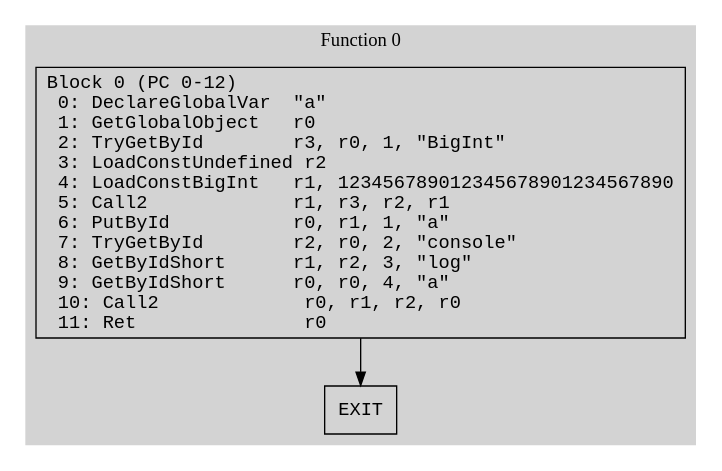
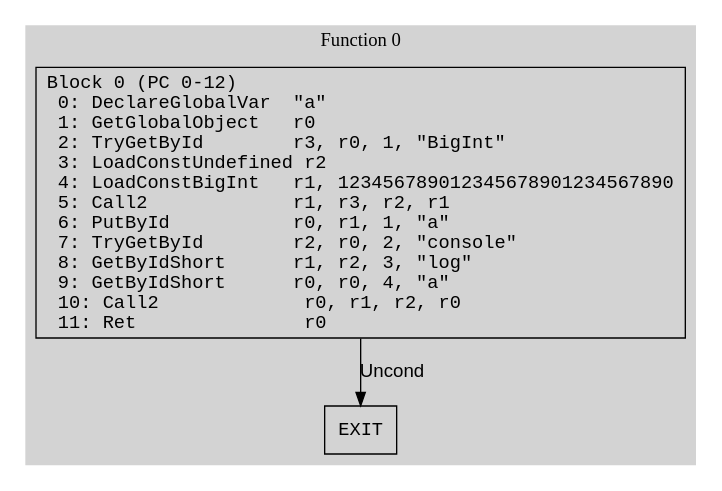
The diagram in data/bigints_v96.dot (kroo/hermes-dec-rs), drawn with Graphviz before and after one commit. The commit also changed 50 other files, not shown here.

```diff
--- a/data/bigints_v96.dot
+++ b/data/bigints_v96.dot
@@ -1,19 +1,21 @@
 // CFG analysis for bigints_v96
 // Generated from data/bigints_v96.hbc
 
 digraph {
   rankdir=TB;
   node [shape=box, fontname="monospace"];
 
   subgraph cluster_function_0 {
     label = "Function 0";
     style = filled;
     color = lightgrey;
 
+    edge [fontname="Arial"];
+
     f0_n0 [ label = "Block 0 (PC 0-12)\l  0: DeclareGlobalVar  \"a\"\l  1: GetGlobalObject   r0\l  2: TryGetById        r3, r0, 1, \"BigInt\"\l  3: LoadConstUndefined r2\l  4: LoadConstBigInt   r1, 123456789012345678901234567890\l  5: Call2             r1, r3, r2, r1\l  6: PutById           r0, r1, 1, \"a\"\l  7: TryGetById        r2, r0, 2, \"console\"\l  8: GetByIdShort      r1, r2, 3, \"log\"\l  9: GetByIdShort      r0, r0, 4, \"a\"\l  10: Call2             r0, r1, r2, r0\l  11: Ret               r0\l" ]
     f0_n1 [ label = "EXIT" ]
 
-    f0_n0 -> f0_n1
+    f0_n0 -> f0_n1 [label="Uncond"]
   }
 
 }
```
